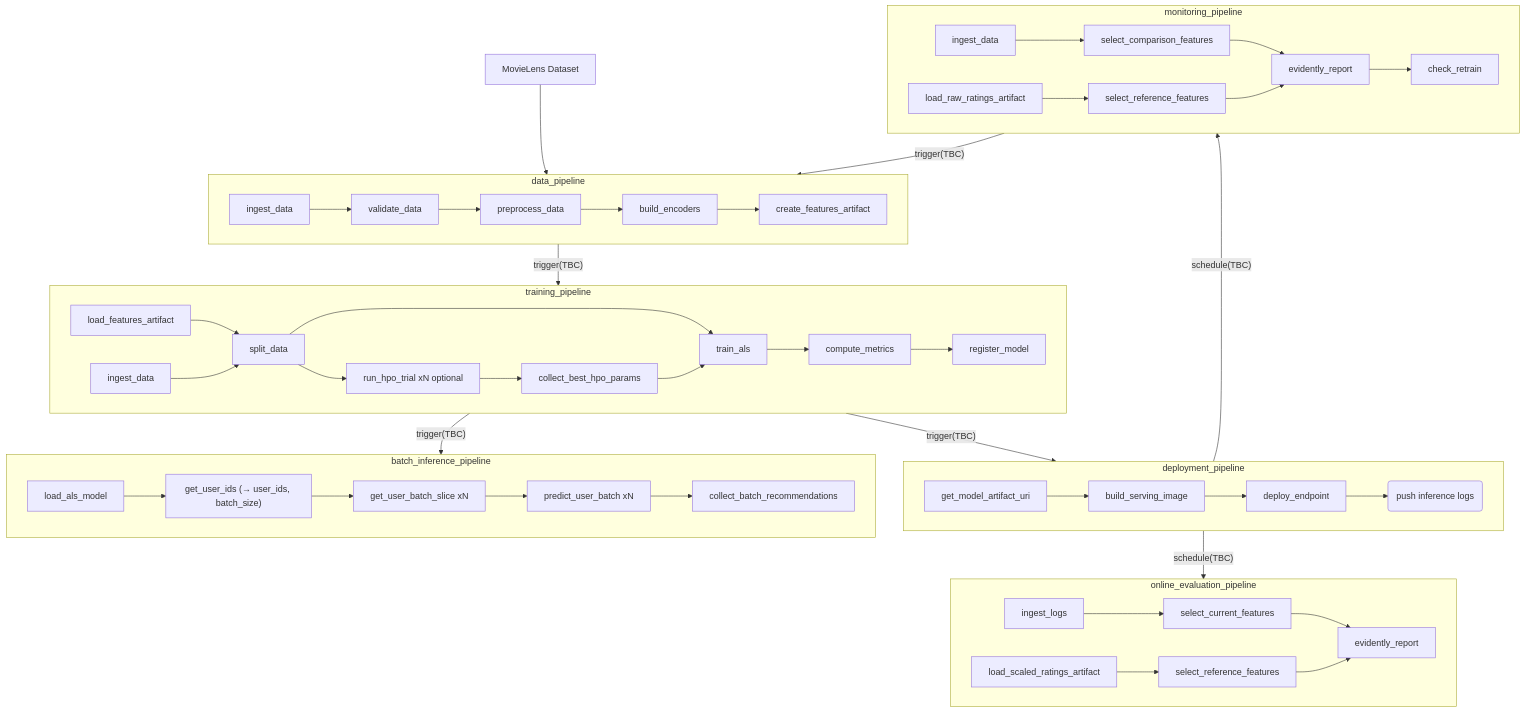
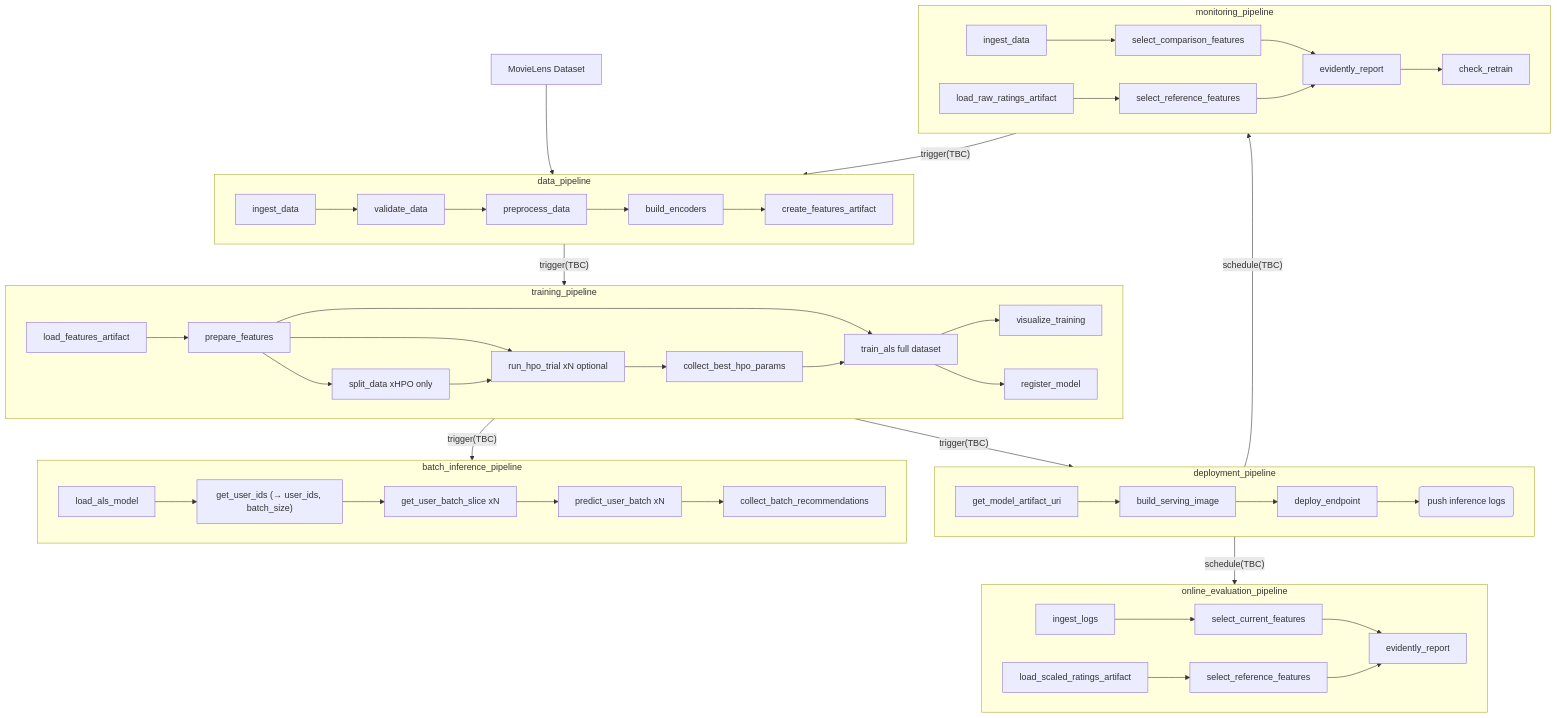
Before and after one commit to sagadana/zenml-mlops: the diagram in .agents/specs/wf_matrix_factorization.md, drawn with Mermaid. The commit also changed other lines of this file and 10 other files, not shown here.

````diff
--- a/.agents/specs/wf_matrix_factorization.md
+++ b/.agents/specs/wf_matrix_factorization.md
@@ -19,49 +19,51 @@
 ```mermaid
 graph TD
 
     subgraph D[data_pipeline]
         D1[ingest_data] --> D2[validate_data] --> D2a[preprocess_data] --> D3[build_encoders] --> D4[create_features_artifact]
     end
 
     subgraph T[training_pipeline]
-        T0[load_features_artifact] --> T4[split_data]
-        T1[ingest_data] --> T4
-        T4 --> T5[run_hpo_trial xN optional]
+        T0[load_features_artifact] --> T1[prepare_features]
+        T1 --> T5[run_hpo_trial xN optional]
+        T1 --> T4[split_data xHPO only]
+        T4 --> T5
         T5 --> T6[collect_best_hpo_params]
-        T4 --> T7[train_als]
+        T1 --> T7[train_als full dataset]
         T6 --> T7
-        T7 --> T10[compute_metrics] --> T11[register_model]
+        T7 --> T8[visualize_training]
+        T7 --> T11[register_model]
     end
 
     subgraph BI[batch_inference_pipeline]
         S1[load_als_model] --> S1a["get_user_ids (→ user_ids, batch_size)"]
         S1a --> S2a[get_user_batch_slice xN]
         S2a --> S2[predict_user_batch xN] --> S3[collect_batch_recommendations]
     end
 
     subgraph DP[deployment_pipeline]
         S4[get_model_artifact_uri] --> S5[build_serving_image] --> S6[deploy_endpoint] --> S6-a(push inference logs)
     end
 
     subgraph M[monitoring_pipeline]
         M1[load_raw_ratings_artifact] --> M1a[select_reference_features]
         M2[ingest_data] --> M2a[select_comparison_features] --> M3[evidently_report]
         M1a --> M3
         M3 --> M5[check_retrain]
     end
 
     subgraph OE[online_evaluation_pipeline]
         OE1[load_scaled_ratings_artifact] --> OE1a[select_reference_features]
         OE2[ingest_logs] --> OE2a[select_current_features] --> OE3[evidently_report]
         OE1a --> OE3
     end
 
     A[MovieLens Dataset] --> D
     D -->|"trigger(TBC)"| T
     T -->|"trigger(TBC)"| BI
     T -->|"trigger(TBC)"| DP
     DP -->|"schedule(TBC)"| M
     DP -->|"schedule(TBC)"| OE
     M -->|"trigger(TBC)"| D
 
 ```
````
